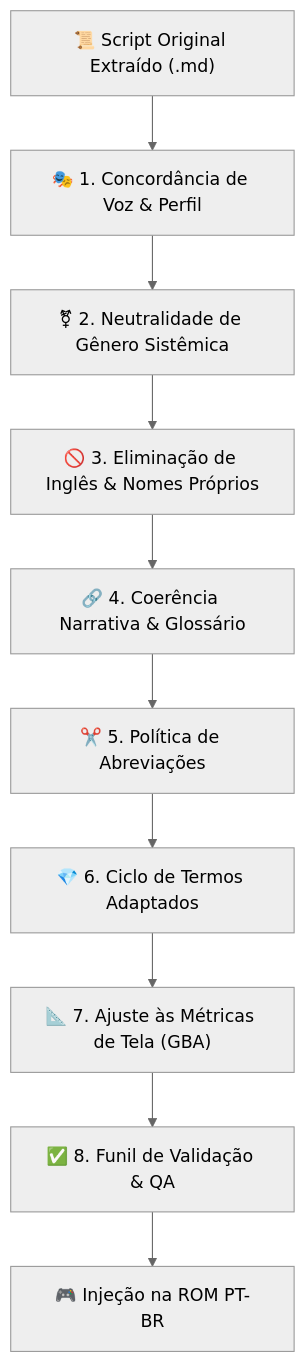
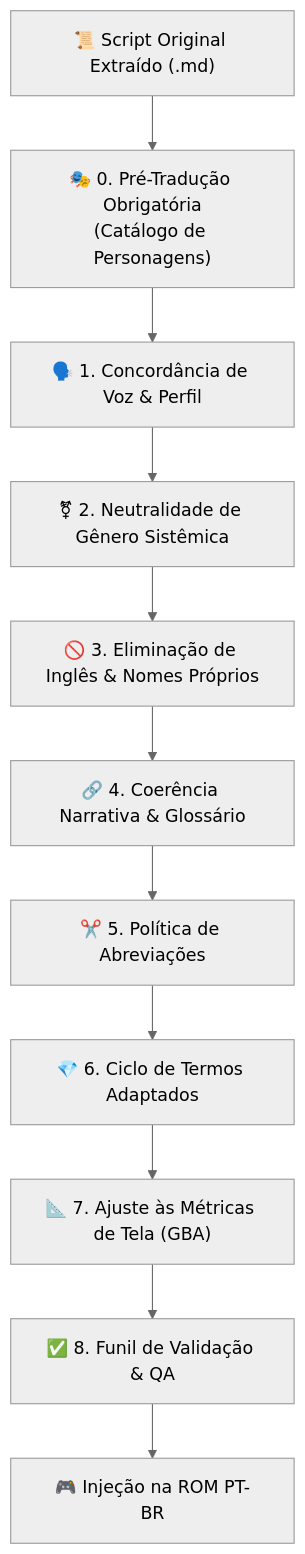
One commit to ewertonhseixas/gba-roms-translator-ptbr changed the diagram in protocolo_traducao/PROTOCOLO_MESTRE_TRADUCAO.md. Above: the diagram before and after it, drawn with Mermaid (neutral theme). The commit also changed other lines of this file and 87 other files, not shown here.

First line of the commit message:
feat(protocolo): estabelecer catalogo de personagens como pre-traducao e descontinuar apps de terceiros

````diff
--- a/protocolo_traducao/PROTOCOLO_MESTRE_TRADUCAO.md
+++ b/protocolo_traducao/PROTOCOLO_MESTRE_TRADUCAO.md
@@ -18,12 +18,13 @@
 ```mermaid
 flowchart TD
-    INPUT["📜 Script Original Extraído (.md)"] --> VOZ["🎭 1. Concordância de Voz & Perfil"]
+    INPUT["📜 Script Original Extraído (.md)"] --> PRE["🎭 0. Pré-Tradução Obrigatória<br>(Catálogo de Personagens)"]
+    PRE --> VOZ["🗣️ 1. Concordância de Voz & Perfil"]
     VOZ --> GENDER["⚧ 2. Neutralidade de Gênero Sistêmica"]
     GENDER --> CLEAN["🚫 3. Eliminação de Inglês & Nomes Próprios"]
     CLEAN --> COER["🔗 4. Coerência Narrativa & Glossário"]
     COER --> ABBREV["✂️ 5. Política de Abreviações"]
     ABBREV --> TERMS["💎 6. Ciclo de Termos Adaptados"]
     TERMS --> METRICS["📐 7. Ajuste às Métricas de Tela (GBA)"]
     METRICS --> QA["✅ 8. Funil de Validação & QA"]
     QA --> ROM_BUILD["🎮 Injeção na ROM PT-BR"]
 ```
````
